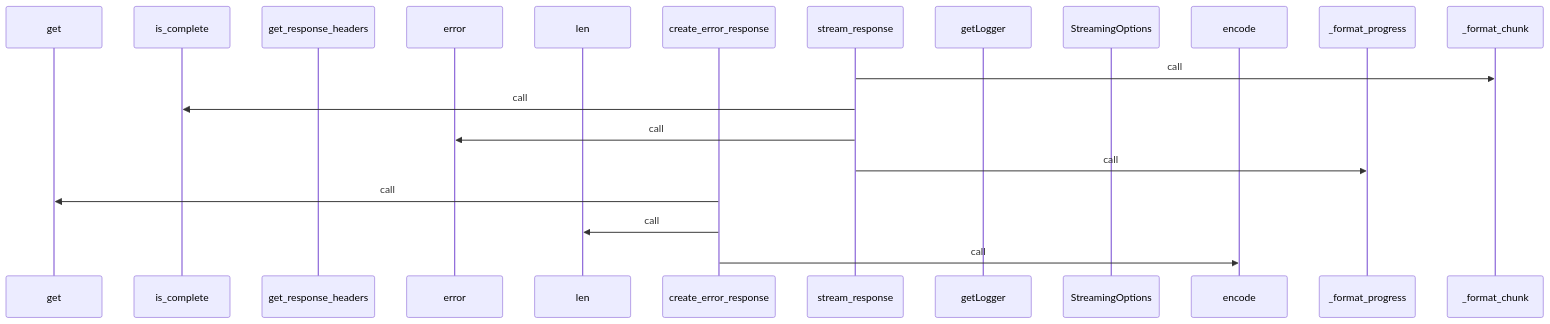
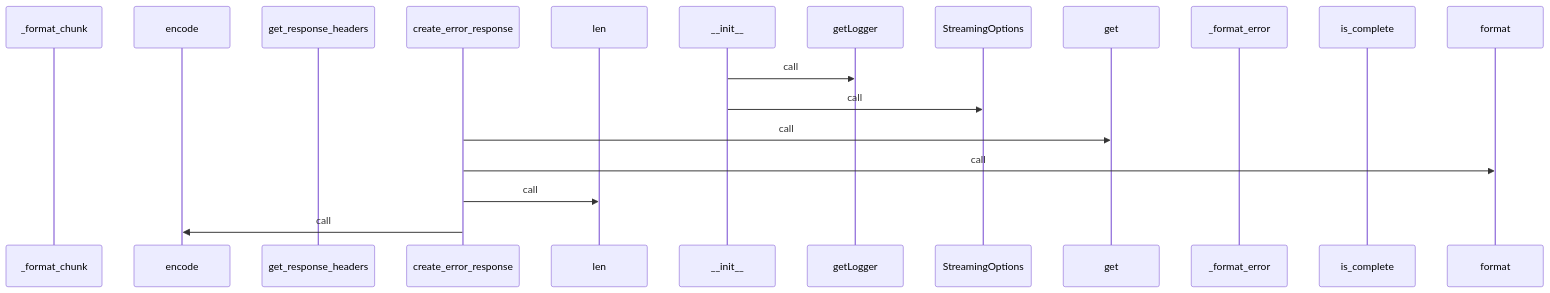
Before and after one commit to yeonjae-personal/codemuse-backend: the third of 4 diagrams in generated_docs/rule_analyzer/streaming/protocols/http_streaming.md, drawn with Mermaid. The commit also changed other lines of this file and 3378 other files, not shown here.

````diff
--- a/generated_docs/rule_analyzer/streaming/protocols/http_streaming.md
+++ b/generated_docs/rule_analyzer/streaming/protocols/http_streaming.md
@@ -156,22 +156,21 @@
 ```mermaid
 sequenceDiagram
-  participant get as get
-  participant is_complete as is_complete
+  participant _format_chunk as _format_chunk
+  participant encode as encode
   participant get_response_headers as get_response_headers
-  participant error as error
+  participant create_error_response as create_error_response
   participant len as len
-  participant create_error_response as create_error_response
-  participant stream_response as stream_response
+  participant __init__ as __init__
   participant getLogger as getLogger
   participant StreamingOptions as StreamingOptions
-  participant encode as encode
-  participant _format_progress as _format_progress
-  participant _format_chunk as _format_chunk
-  stream_response->>_format_chunk: call
-  stream_response->>is_complete: call
-  stream_response->>error: call
-  stream_response->>_format_progress: call
+  participant get as get
+  participant _format_error as _format_error
+  participant is_complete as is_complete
+  participant format as format
+  __init__->>getLogger: call
+  __init__->>StreamingOptions: call
   create_error_response->>get: call
+  create_error_response->>format: call
   create_error_response->>len: call
   create_error_response->>encode: call
 ```
````
